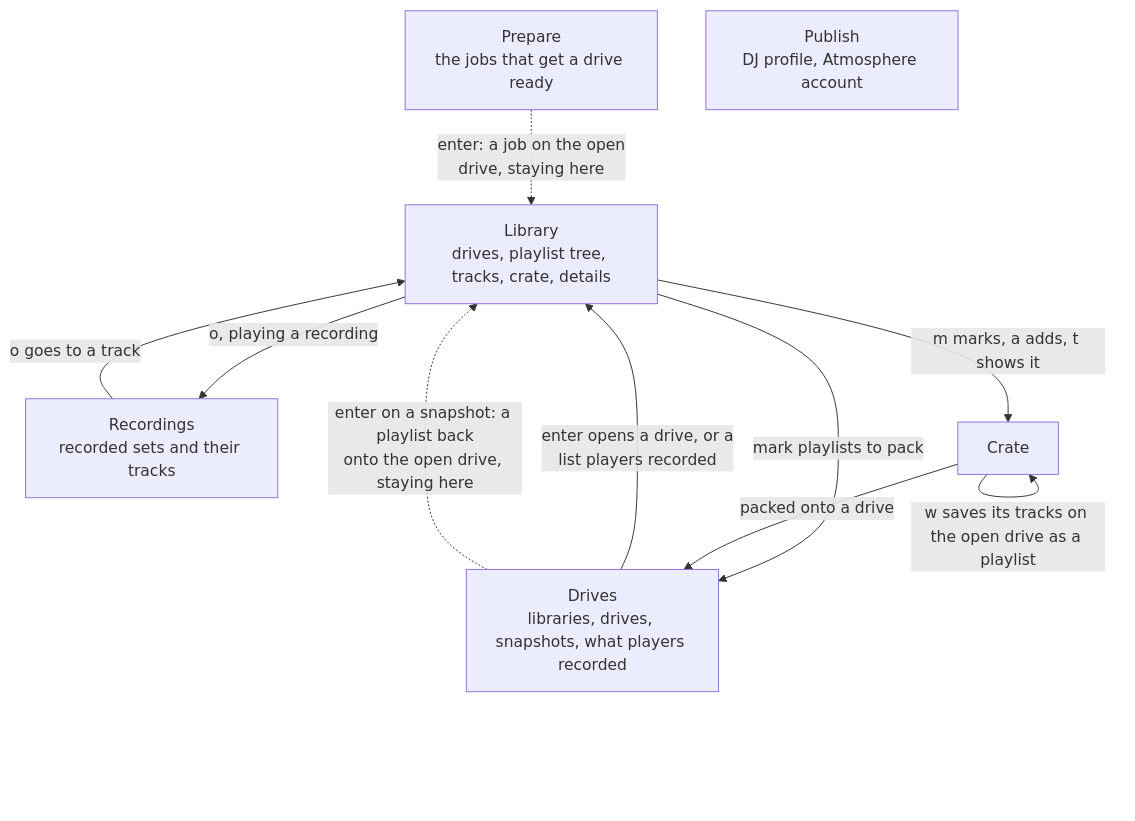
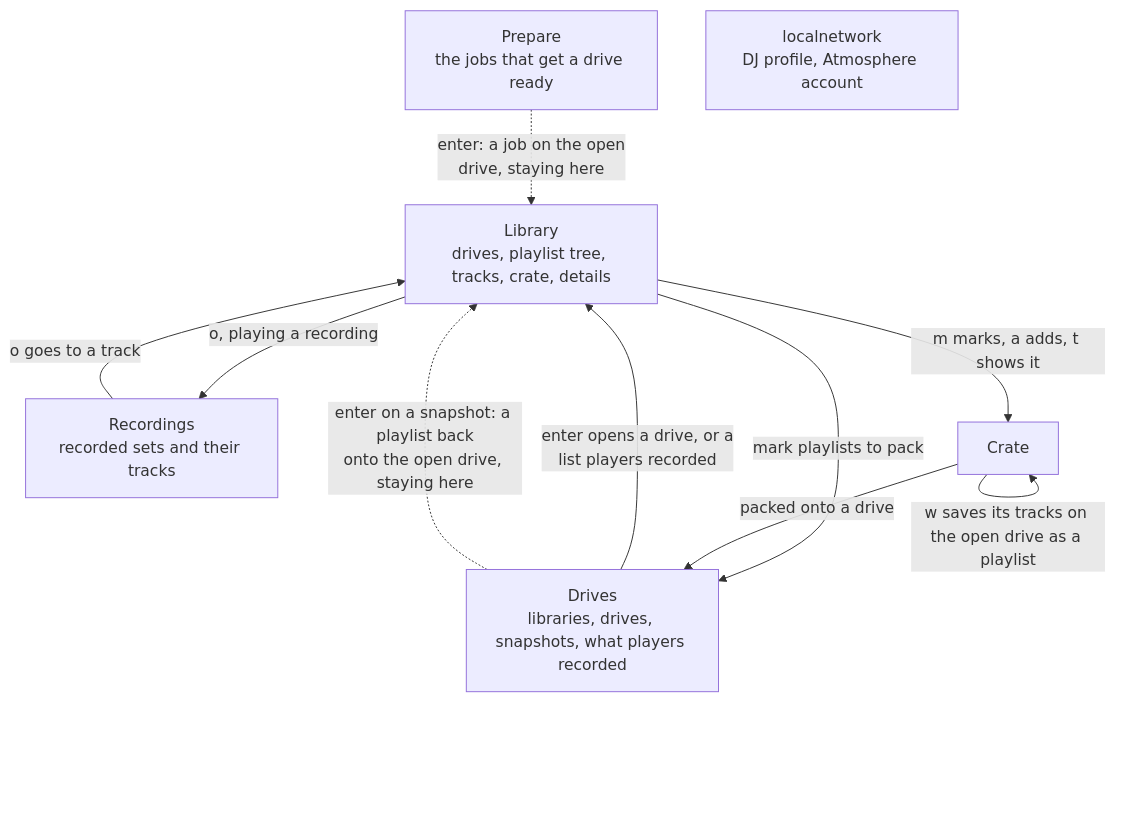
One commit to cutenode/localnetwork changed the first of 17 diagrams in apps/locallibrary/docs/diagrams/player.md. Above: the diagram before and after it, drawn with Mermaid. The commit also changed other lines of this file and 26 other files, not shown here.

First line of the commit message:
feat(locallibrary): move the Publish tab to the right of the top bar as localnetwork

````diff
--- a/apps/locallibrary/docs/diagrams/player.md
+++ b/apps/locallibrary/docs/diagrams/player.md
@@ -27,17 +27,17 @@
 ```mermaid
 flowchart TD
     library["Library<br/>drives, playlist tree, tracks, crate, details"]
     prepare["Prepare<br/>the jobs that get a drive ready"]
     drives["Drives<br/>libraries, drives, snapshots, what players recorded"]
     recordings["Recordings<br/>recorded sets and their tracks"]
-    publish["Publish<br/>DJ profile, Atmosphere account"]
+    publish["localnetwork<br/>DJ profile, Atmosphere account"]
     drives -->|"enter opens a drive, or a<br/>list players recorded"| library
     drives -.->|"enter on a snapshot: a playlist back<br/>onto the open drive, staying here"| library
     prepare -.->|"enter: a job on the open<br/>drive, staying here"| library
     recordings -->|"o goes to a track"| library
     library -->|"o, playing a recording"| recordings
     library -->|"mark playlists to pack"| drives
     library -->|"m marks, a adds, t shows it"| crate["Crate"]
     crate -->|"w saves its tracks on the open drive as a playlist"| crate
     crate -->|"packed onto a drive"| drives
 ```
````
